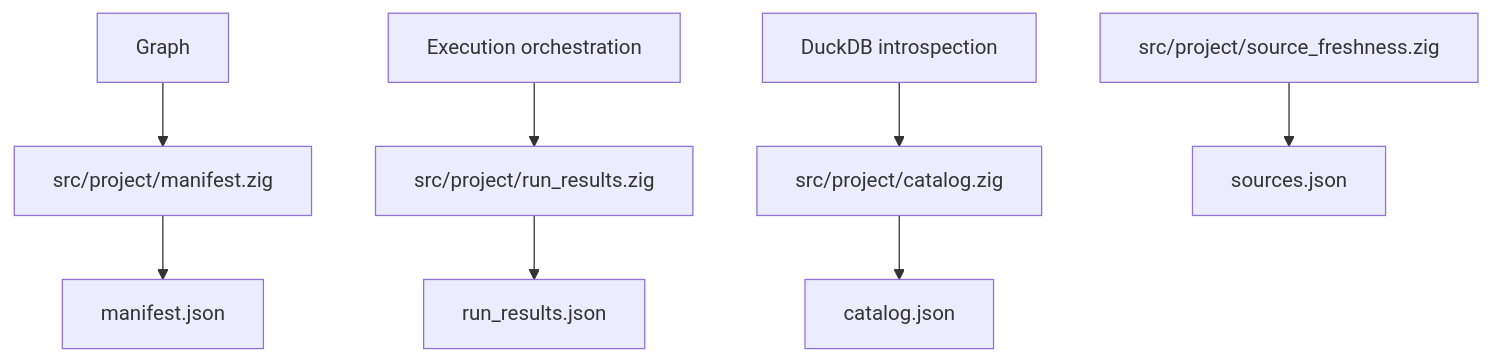
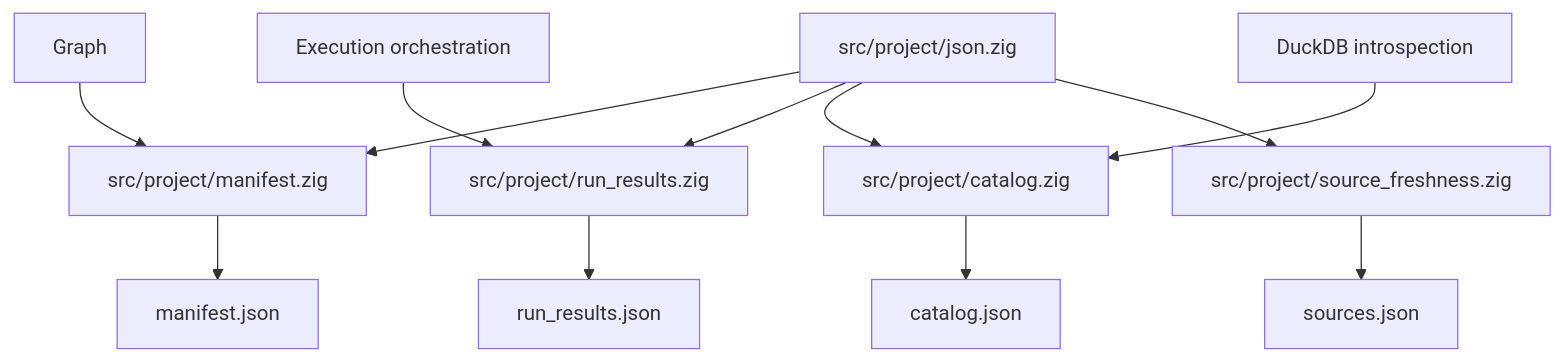
One commit to sabino/dxt changed the fourth of 5 diagrams in docs/ARCHITECTURE.md. Above: the diagram before and after it, drawn with Mermaid. The commit also changed other lines of this file and 7 other files, not shown here.

````diff
--- a/docs/ARCHITECTURE.md
+++ b/docs/ARCHITECTURE.md
@@ -102,10 +103,14 @@
 ```mermaid
 flowchart TD
     Graph[Graph] --> ManifestWriter[src/project/manifest.zig]
+    JsonWriter[src/project/json.zig] --> ManifestWriter
+    JsonWriter --> RunResultsWriter
+    JsonWriter --> CatalogWriter
+    JsonWriter --> FreshnessCalc
     ManifestWriter --> Manifest[manifest.json]
     Runner[Execution orchestration] --> RunResultsWriter[src/project/run_results.zig]
     RunResultsWriter --> RunResults[run_results.json]
     DuckDB[DuckDB introspection] --> CatalogWriter[src/project/catalog.zig]
     CatalogWriter --> Catalog[catalog.json]
     FreshnessCalc[src/project/source_freshness.zig] --> Sources[sources.json]
 ```
````
